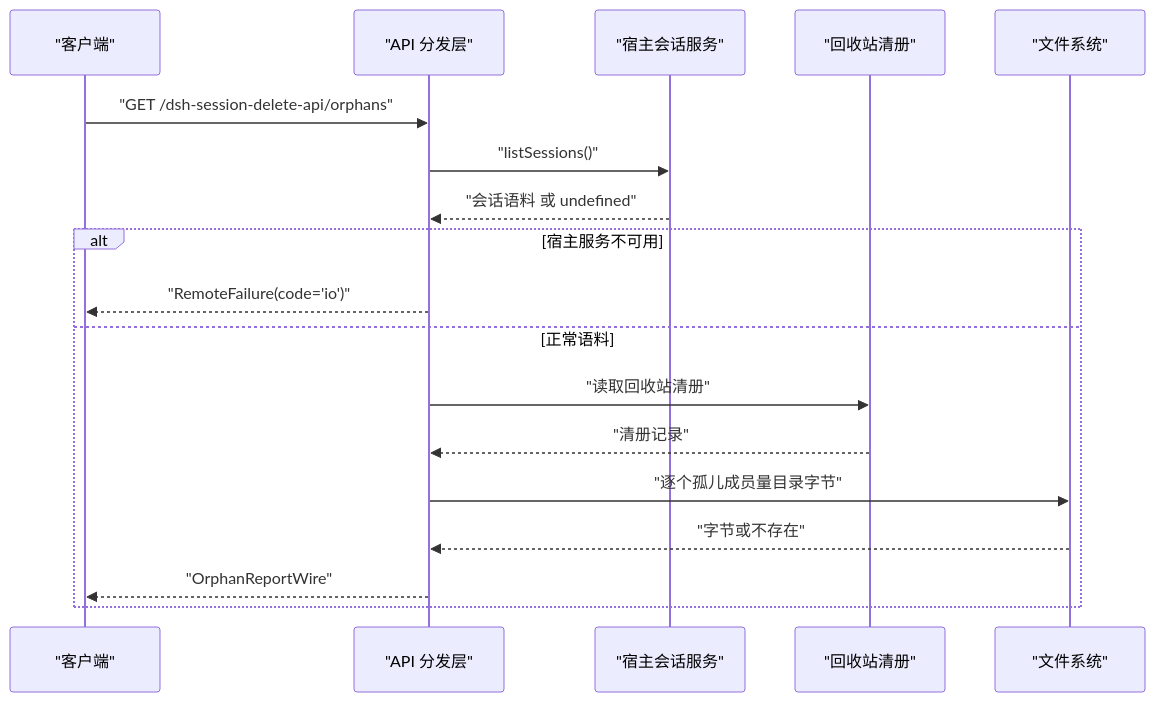
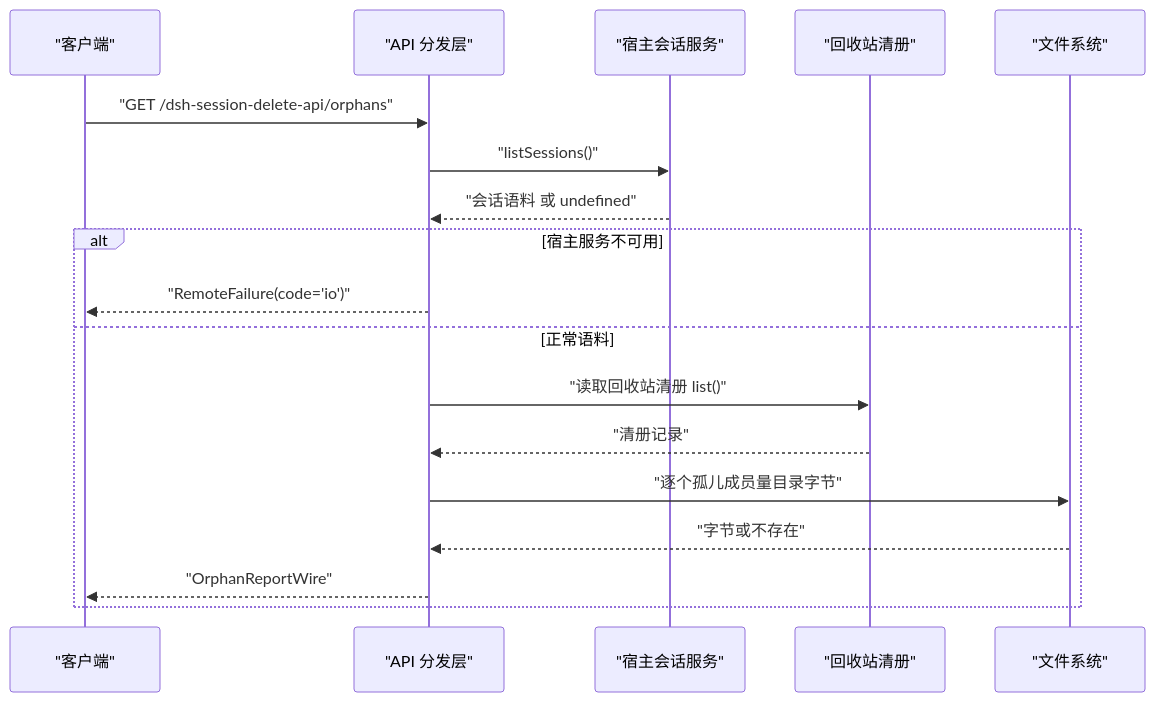
Before and after one commit to xrn1997/dsh-session-delete: the second of 2 diagrams in .qoder/repowiki/zh/content/API 参考/GET _orphans — 无主子会话扫描报告.md, drawn with Mermaid. The commit also changed other lines of this file and 36 other files, not shown here.

````diff
--- a/.qoder/repowiki/zh/content/API 参考/GET _orphans — 无主子会话扫描报告.md
+++ b/.qoder/repowiki/zh/content/API 参考/GET _orphans — 无主子会话扫描报告.md
@@ -249,21 +270,21 @@
 ```mermaid
 sequenceDiagram
     participant Client as "客户端"
     participant API as "API 分发层"
     participant Host as "宿主会话服务"
     participant Manifest as "回收站清册"
     participant FS as "文件系统"
 
     Client->>API: "GET /dsh-session-delete-api/orphans"
     API->>Host: "listSessions()"
     Host-->>API: "会话语料 或 undefined"
     alt 宿主服务不可用
         API-->>Client: "RemoteFailure(code='io')"
     else 正常语料
-        API->>Manifest: "读取回收站清册"
+        API->>Manifest: "读取回收站清册 list()"
         Manifest-->>API: "清册记录"
         API->>FS: "逐个孤儿成员量目录字节"
         FS-->>API: "字节或不存在"
         API-->>Client: "OrphanReportWire"
     end
 ```
````
